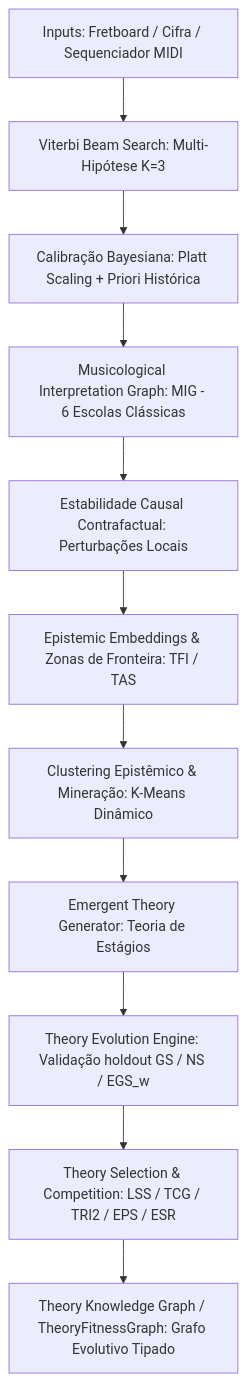
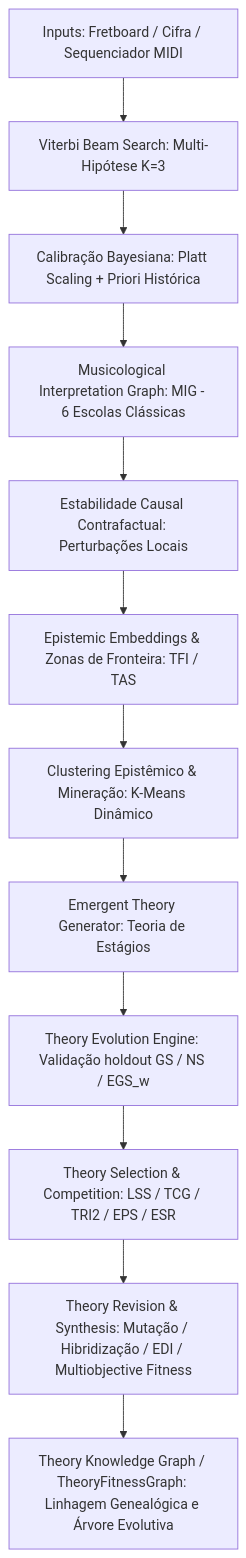
Before and after one commit to gustavoesteves/FindChord: the diagram in README.md, drawn with Mermaid. The commit also changed other lines of this file and 6 other files, not shown here.

Commit message:
feat: implementar Sprint F11-L: Automated Theory Revision & Synthesis com mutações multiobjetivas, hibridizações genealógicas e diversidade de ecossistema EDI

````diff
--- a/README.md
+++ b/README.md
@@ -13,13 +13,14 @@
 ```mermaid
 graph TD
     A[Inputs: Fretboard / Cifra / Sequenciador MIDI] --> B[Viterbi Beam Search: Multi-Hipótese K=3]
     B --> C[Calibração Bayesiana: Platt Scaling + Priori Histórica]
     C --> D[Musicological Interpretation Graph: MIG - 6 Escolas Clássicas]
     D --> E[Estabilidade Causal Contrafactual: Perturbações Locais]
     E --> F[Epistemic Embeddings & Zonas de Fronteira: TFI / TAS]
     F --> G[Clustering Epistêmico & Mineração: K-Means Dinâmico]
     G --> H[Emergent Theory Generator: Teoria de Estágios]
     H --> I[Theory Evolution Engine: Validação holdout GS / NS / EGS_w]
     I --> J[Theory Selection & Competition: LSS / TCG / TRI2 / EPS / ESR]
-    J --> K[Theory Knowledge Graph / TheoryFitnessGraph: Grafo Evolutivo Tipado]
+    J --> K[Theory Revision & Synthesis: Mutação / Hibridização / EDI / Multiobjective Fitness]
+    K --> L[Theory Knowledge Graph / TheoryFitnessGraph: Linhagem Genealógica e Árvore Evolutiva]
 ```
````
